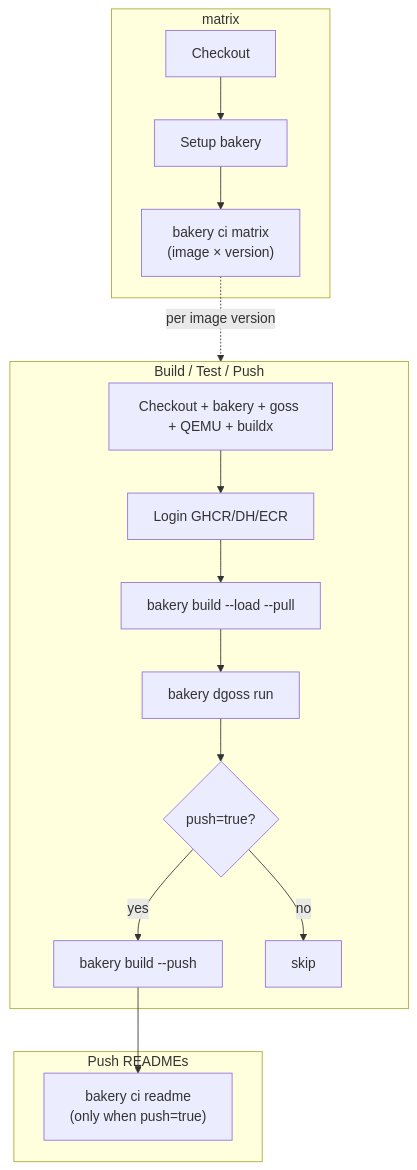
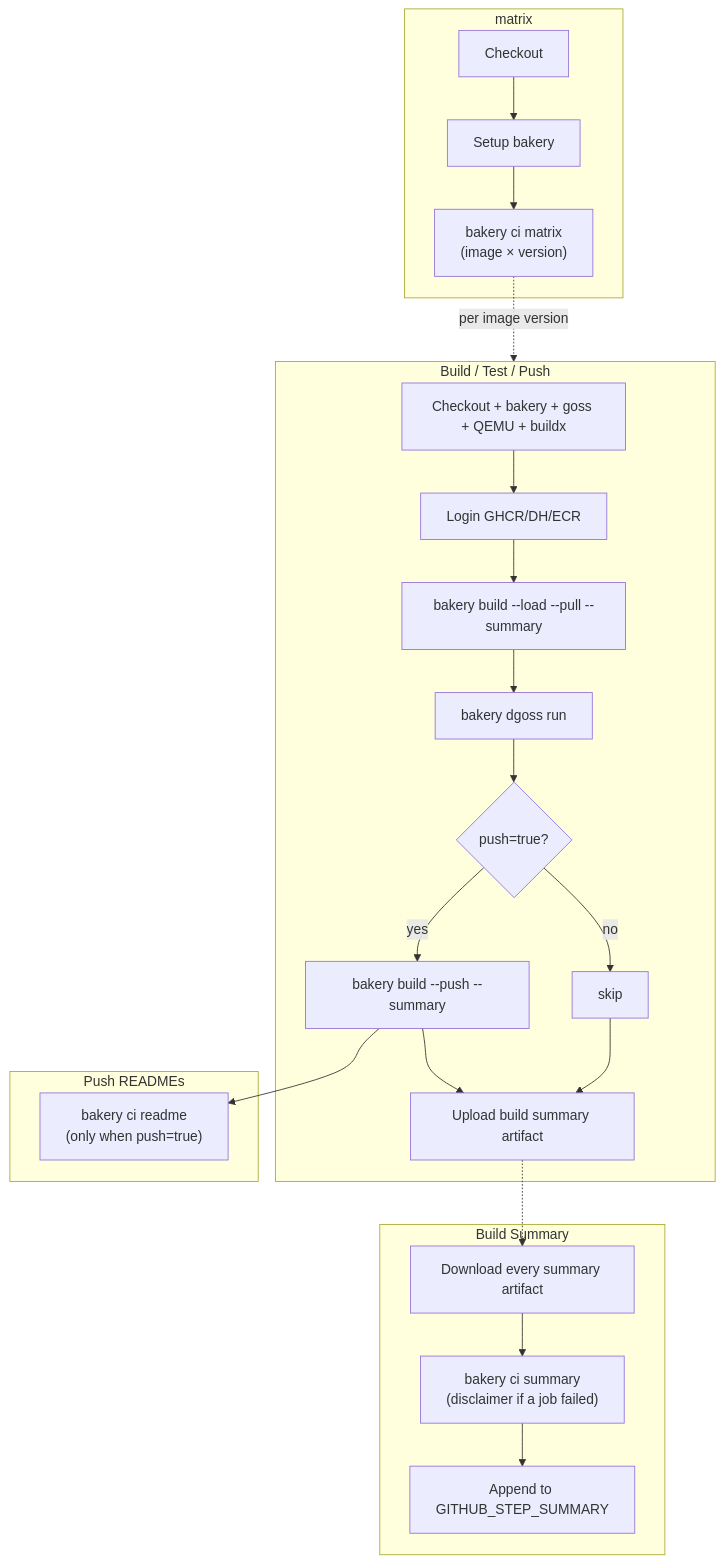
Before and after one commit to posit-dev/images-shared: the second of 2 diagrams in CI.md, drawn with Mermaid. The commit also changed other lines of this file, not shown here.

First line of the commit message:
Update CI.md diagrams for the new build summary job

````diff
--- a/CI.md
+++ b/CI.md
@@ -198,20 +208,27 @@
 ```mermaid
 flowchart TD
     subgraph matrix
         m_checkout[Checkout] --> m_bakery[Setup bakery]
         m_bakery --> m_matrix["bakery ci matrix<br/>(image × version)"]
     end
     subgraph build[Build / Test / Push]
         b_setup[Checkout + bakery + goss + QEMU + buildx] --> b_login[Login GHCR/DH/ECR]
-        b_login --> b_build["bakery build --load --pull"]
+        b_login --> b_build["bakery build --load --pull --summary"]
         b_build --> b_test["bakery dgoss run"]
         b_test --> b_push{"push=true?"}
-        b_push -- yes --> b_pushrun["bakery build --push"]
+        b_push -- yes --> b_pushrun["bakery build --push --summary"]
         b_push -- no --> b_skip[skip]
+        b_pushrun --> b_sum[Upload build summary artifact]
+        b_skip --> b_sum
     end
     subgraph readme[Push READMEs]
         r_run["bakery ci readme<br/>(only when push=true)"]
     end
+    subgraph summary[Build Summary]
+        s_dl[Download every summary artifact] --> s_render["bakery ci summary<br/>(disclaimer if a job failed)"]
+        s_render --> s_post[Append to GITHUB_STEP_SUMMARY]
+    end
     m_matrix -.->|"per image version"| build
     b_pushrun --> r_run
+    b_sum -.-> s_dl
 ```
````
